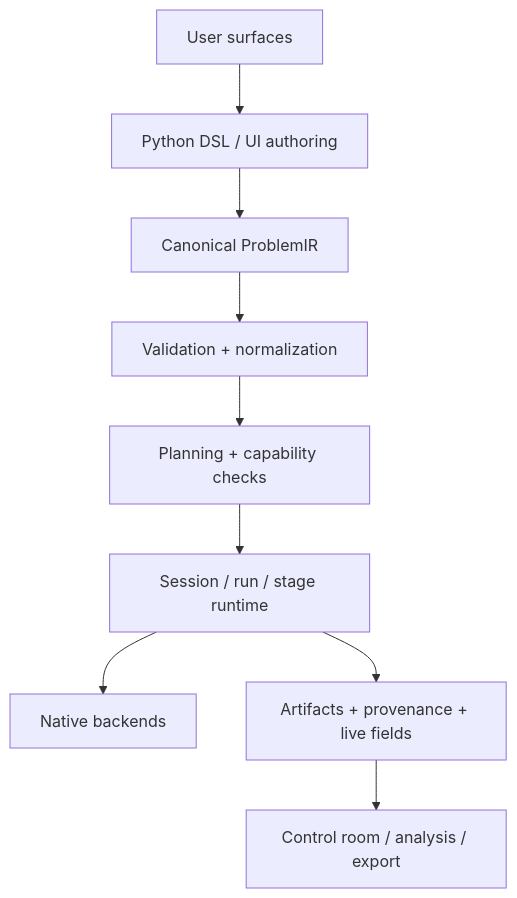
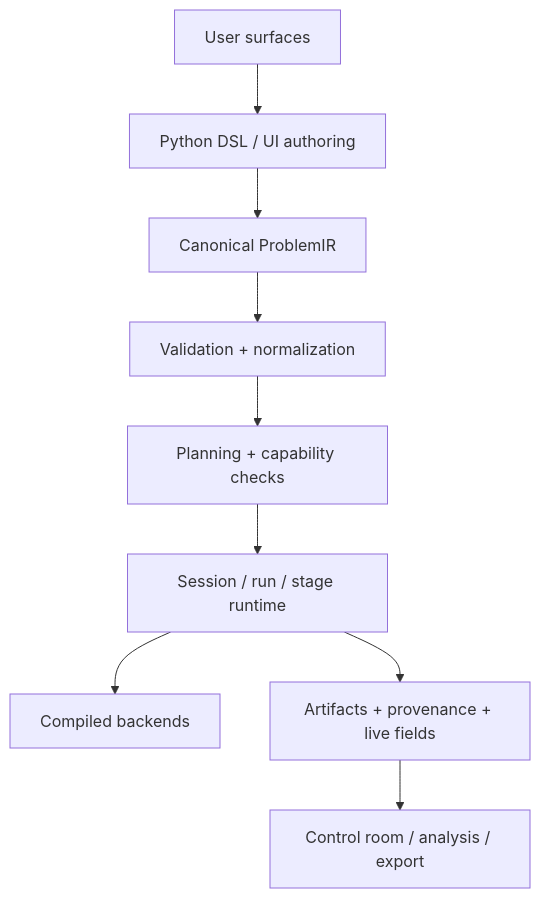
The diagram in AGENTS.md (MateuszZelent/fullmag), drawn with Mermaid before and after one commit. The commit also changed other lines of this file and 50 other files, not shown here.

````diff
--- a/AGENTS.md
+++ b/AGENTS.md
@@ -445,11 +445,11 @@
 ```mermaid
 flowchart TD
   U[User surfaces] --> P[Python DSL / UI authoring]
   P --> IR[Canonical ProblemIR]
   IR --> V[Validation + normalization]
   V --> PL[Planning + capability checks]
   PL --> RT[Session / run / stage runtime]
-  RT --> BE[Native backends]
+  RT --> BE[Compiled backends]
   RT --> ART[Artifacts + provenance + live fields]
   ART --> UI[Control room / analysis / export]
 ```
````
